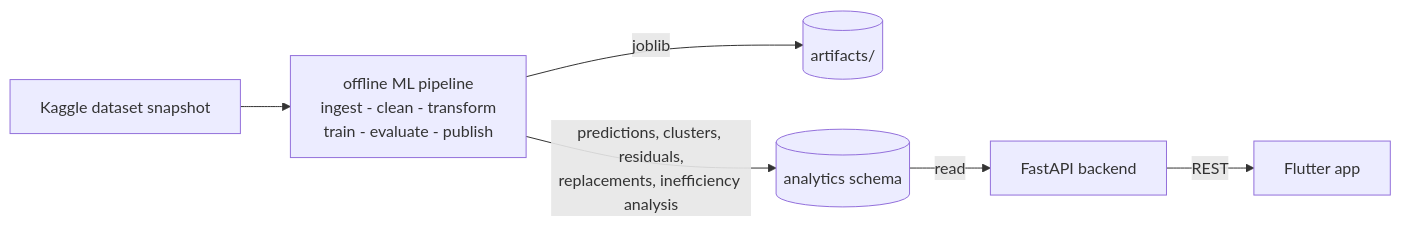
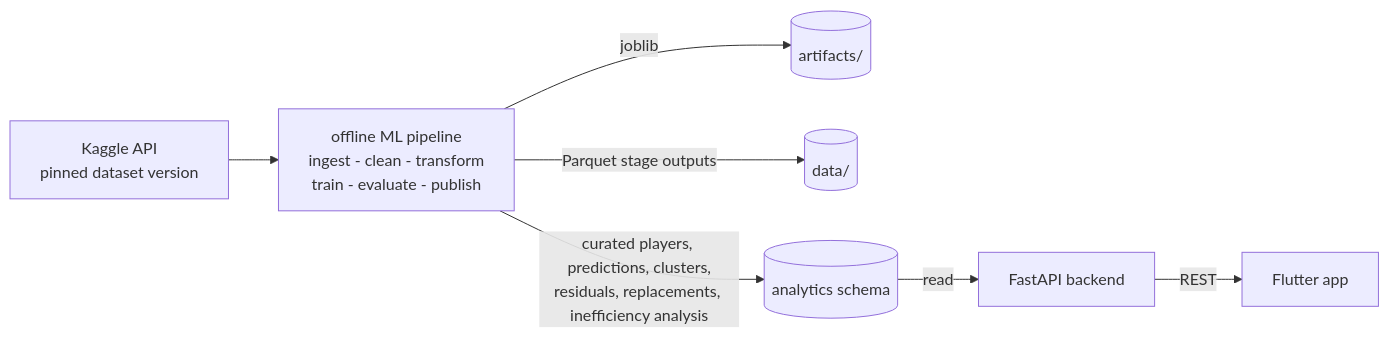
Before and after one commit to GustavoVaAsc/DelphosFootball: the second of 4 diagrams in docs/ARCHITECTURE.md, drawn with Mermaid. The commit also changed other lines of this file, not shown here.

First line of the commit message:
docs(architecture): record ADR-007 to ADR-010 and apply them

````diff
--- a/docs/ARCHITECTURE.md
+++ b/docs/ARCHITECTURE.md
@@ -193,8 +199,9 @@
 ```mermaid
 flowchart LR
-    DS[Kaggle dataset snapshot] --> P[offline ML pipeline<br/>ingest - clean - transform<br/>train - evaluate - publish]
+    DS["Kaggle API<br/>pinned dataset version"] --> P[offline ML pipeline<br/>ingest - clean - transform<br/>train - evaluate - publish]
     P -->|joblib| ART[(artifacts/)]
-    P -->|predictions, clusters, residuals,<br/>replacements, inefficiency analysis| AN[(analytics schema)]
+    P -->|"Parquet stage outputs"| DATA[("data/")]
+    P -->|"curated players, predictions, clusters,<br/>residuals, replacements, inefficiency analysis"| AN[("analytics schema")]
     AN -->|read| API[FastAPI backend]
     API -->|REST| UI[Flutter app]
 ```
````
